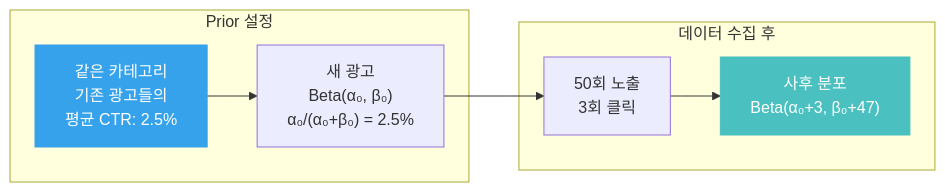
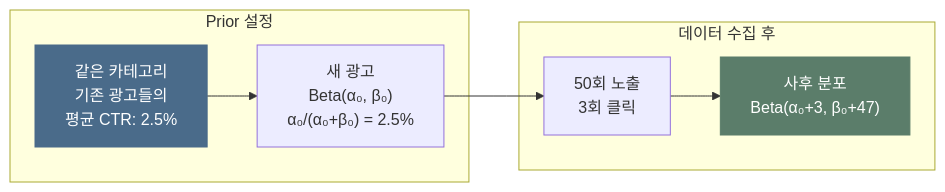
The third of 5 diagrams in posts/exploration-exploitation.md (chkimsu/adtech-blog), drawn with Mermaid before and after one commit. The commit also changed other lines of this file and 40 other files, not shown here.

````diff
--- a/posts/exploration-exploitation.md
+++ b/posts/exploration-exploitation.md
@@ -261,18 +261,18 @@
 ```mermaid
 graph LR
     subgraph Prior["Prior 설정"]
         CAT["같은 카테고리<br/>기존 광고들의<br/>평균 CTR: 2.5%"]
         NEW["새 광고<br/>Beta(α₀, β₀)<br/>α₀/(α₀+β₀) = 2.5%"]
         CAT --> NEW
     end
 
     subgraph Update["데이터 수집 후"]
         DATA["50회 노출<br/>3회 클릭"]
         POSTERIOR["사후 분포<br/>Beta(α₀+3, β₀+47)"]
         NEW --> DATA
         DATA --> POSTERIOR
     end
 
-    style CAT fill:#36a2eb,stroke:#36a2eb,color:#fff
-    style POSTERIOR fill:#4bc0c0,stroke:#4bc0c0,color:#fff
+    style CAT fill:#4a6b8a,stroke:#4a6b8a,color:#fff
+    style POSTERIOR fill:#5b7d6a,stroke:#5b7d6a,color:#fff
 ```
````
